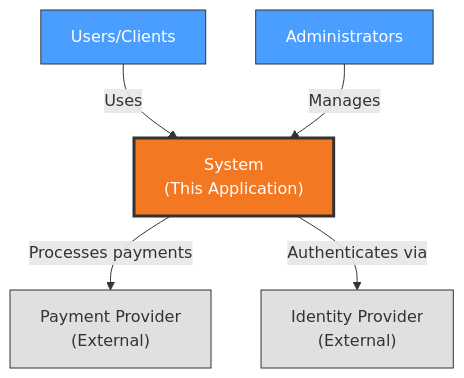
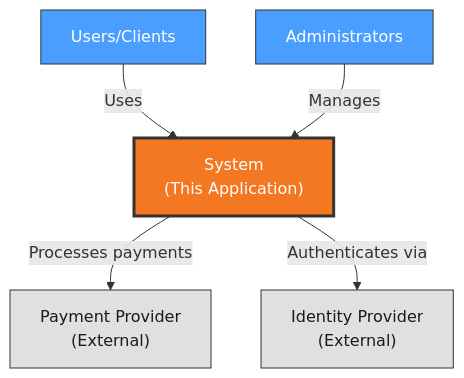
One commit to tikalk/adlc-team-skills changed the diagram in skills/architect/architect-analyze/templates/views/context.md. Above: the diagram before and after it, drawn with Mermaid. The commit also changed 11 other files, not shown here.

First line of the commit message:
fix: diagram classDefs missing color — dark text for light backgrounds

````diff
--- a/skills/architect/architect-analyze/templates/views/context.md
+++ b/skills/architect/architect-analyze/templates/views/context.md
@@ -38,29 +38,29 @@
 ```mermaid
 graph TD
     %% Stakeholders (human actors)
     Users["Users/Clients"]
     Admins["Administrators"]
 
     %% THE SYSTEM - Single blackbox
     System["System<br/>(This Application)"]
 
     %% External Systems (third-party, outside your control)
     ExtPayment["Payment Provider<br/>(External)"]
     ExtAuth["Identity Provider<br/>(External)"]
 
     %% Stakeholder interactions
     Users -->|"Uses"| System
     Admins -->|"Manages"| System
 
     %% External system integrations
     System -->|"Processes payments"| ExtPayment
     System -->|"Authenticates via"| ExtAuth
 
     classDef systemNode fill:#f47721,stroke:#333,stroke-width:3px,color:#fff
     classDef stakeholderNode fill:#4a9eff,stroke:#333,stroke-width:1px,color:#fff
-    classDef externalNode fill:#e0e0e0,stroke:#333,stroke-width:1px
+    classDef externalNode fill:#e0e0e0,stroke:#333,stroke-width:1px,color:#1a1a1a
 
     class System systemNode
     class Users,Admins stakeholderNode
     class ExtPayment,ExtAuth externalNode
 ```
````
